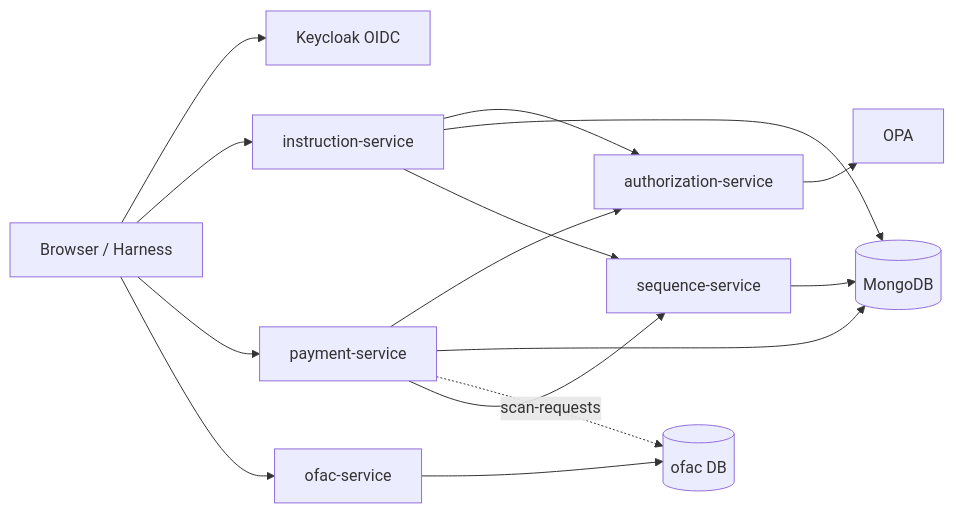
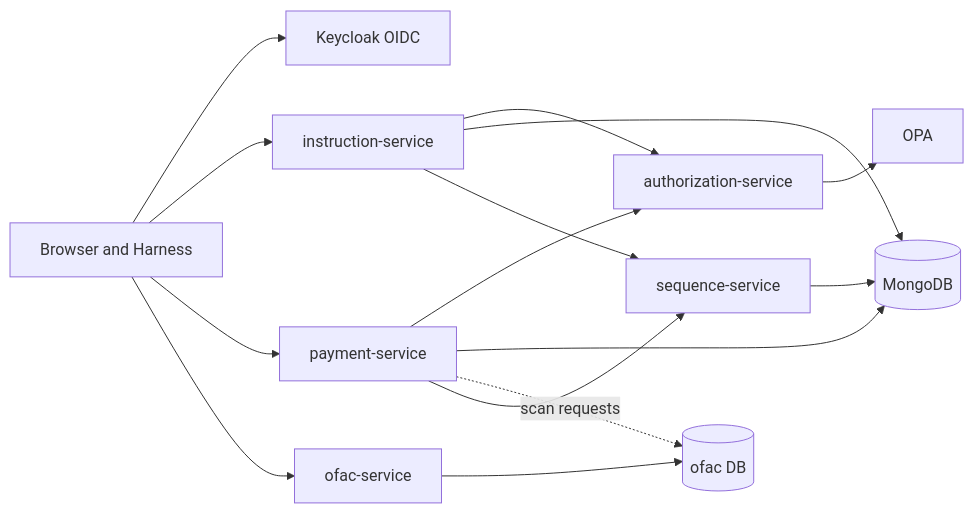
Before and after one commit to sanjuthomas/observability-mesh: the first of 2 diagrams in workloads/payment-ofac-demo/README.md, drawn with Mermaid. The commit also changed other lines of this file and 1 other file, not shown here.

Commit message:
Fix Mermaid diagram syntax in root and demo READMEs.
Quote labels with special characters and simplify edge text so GitHub renders architecture and alerting flowcharts reliably.

````diff
--- a/workloads/payment-ofac-demo/README.md
+++ b/workloads/payment-ofac-demo/README.md
@@ -7,17 +7,17 @@
 ```mermaid
 flowchart LR
-    User[Browser / Harness] --> Keycloak[Keycloak OIDC]
-    User --> Inst[instruction-service]
-    User --> Pay[payment-service]
-    User --> Ofac[ofac-service]
-    Inst --> Authz[authorization-service]
+    User["Browser and Harness"] --> Keycloak["Keycloak OIDC"]
+    User --> Inst["instruction-service"]
+    User --> Pay["payment-service"]
+    User --> Ofac["ofac-service"]
+    Inst --> Authz["authorization-service"]
     Pay --> Authz
-    Authz --> OPA[OPA]
-    Inst --> Mongo[(MongoDB)]
+    Authz --> OPA["OPA"]
+    Inst --> Mongo[("MongoDB")]
     Pay --> Mongo
-    Pay -.->|scan-requests| OfacDb[(ofac DB)]
+    Pay -.->|scan requests| OfacDb[("ofac DB")]
     Ofac --> OfacDb
-    Seq[sequence-service] --> Mongo
+    Seq["sequence-service"] --> Mongo
     Inst --> Seq
     Pay --> Seq
 ```
````
